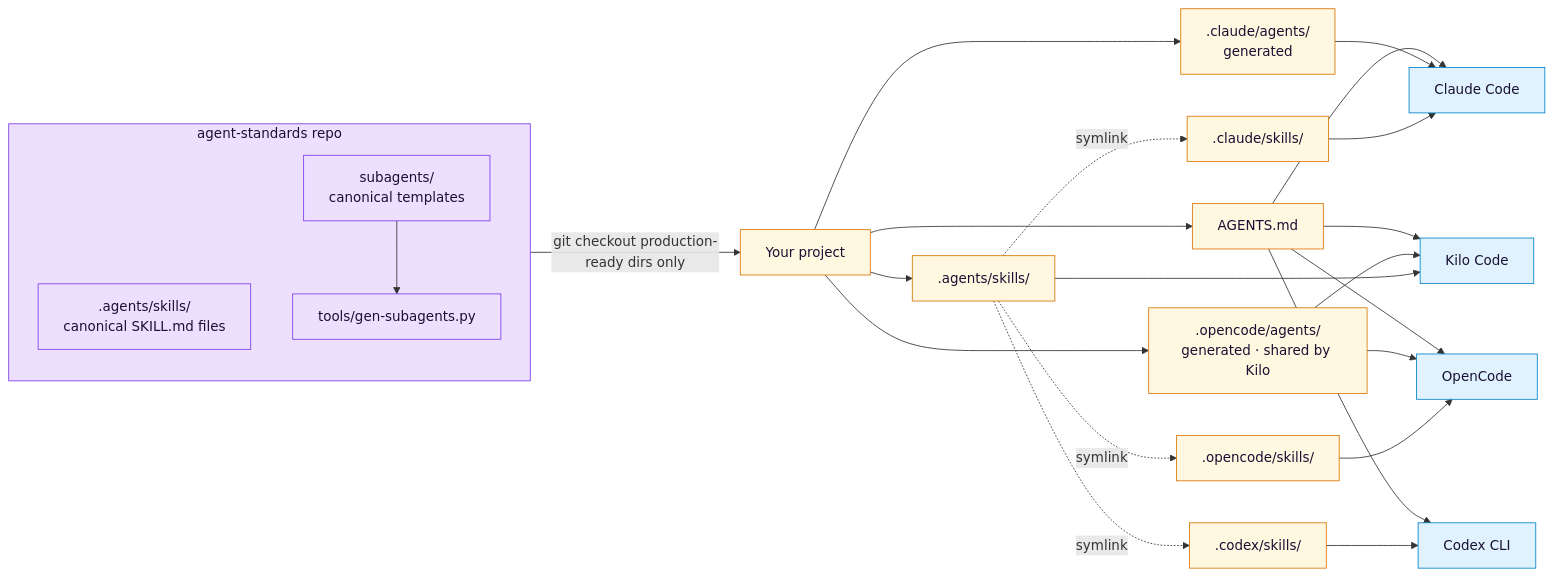
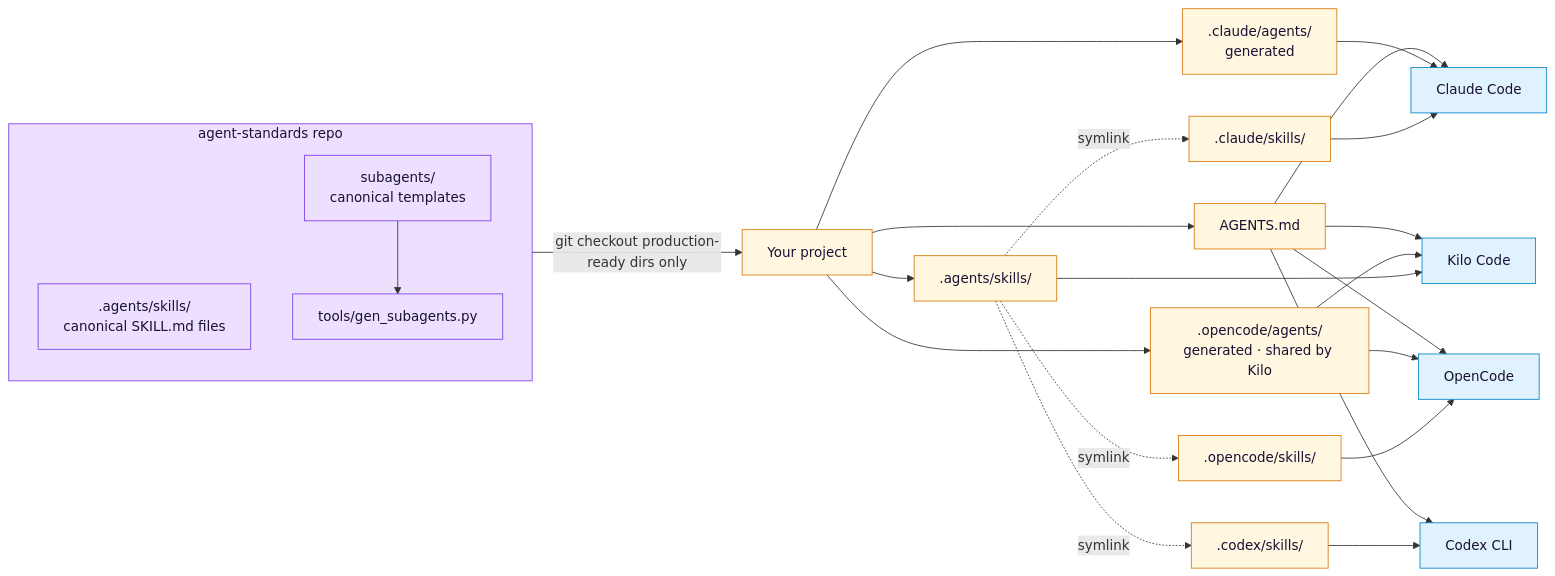
Before and after one commit to Lukk17/agent-standards: the diagram in README.md, drawn with Mermaid. The commit also changed other lines of this file and 35 other files, not shown here.

````diff
--- a/README.md
+++ b/README.md
@@ -71,35 +71,35 @@
 ```mermaid
 graph LR
     subgraph AS[agent-standards repo]
       ASK[.agents/skills/<br/>canonical SKILL.md files]
       SU[subagents/<br/>canonical templates]
-      GEN[tools/gen-subagents.py]
+      GEN[tools/gen_subagents.py]
       SU --> GEN
     end
     AS -->|git checkout production-ready dirs only| P[Your project]
     P --> SK[.agents/skills/]
     P --> CA[.claude/agents/<br/>generated]
     P --> OA[.opencode/agents/<br/>generated · shared by Kilo]
     P --> AG[AGENTS.md]
     SK -.symlink.-> CL[.claude/skills/]
     SK -.symlink.-> OC[.opencode/skills/]
     SK -.symlink.-> CX[.codex/skills/]
     CL --> Claude[Claude Code]
     SK --> Kilo[Kilo Code]
     OC --> OpenCode[OpenCode]
     CX --> Codex[Codex CLI]
     CA --> Claude
     OA --> Kilo
     OA --> OpenCode
     AG --> Claude
     AG --> Kilo
     AG --> OpenCode
     AG --> Codex
 
     classDef src fill:#ede0ff,stroke:#7c3aed,color:#1a1033
     classDef consumer fill:#fff7e0,stroke:#d97706,color:#1a1033
     classDef tool fill:#e0f2fe,stroke:#0284c7,color:#1a1033
     class AS,ASK,SU,GEN src
     class P,SK,CA,OA,AG,CL,OC,CX consumer
     class Claude,Kilo,OpenCode,Codex tool
 ```
````
